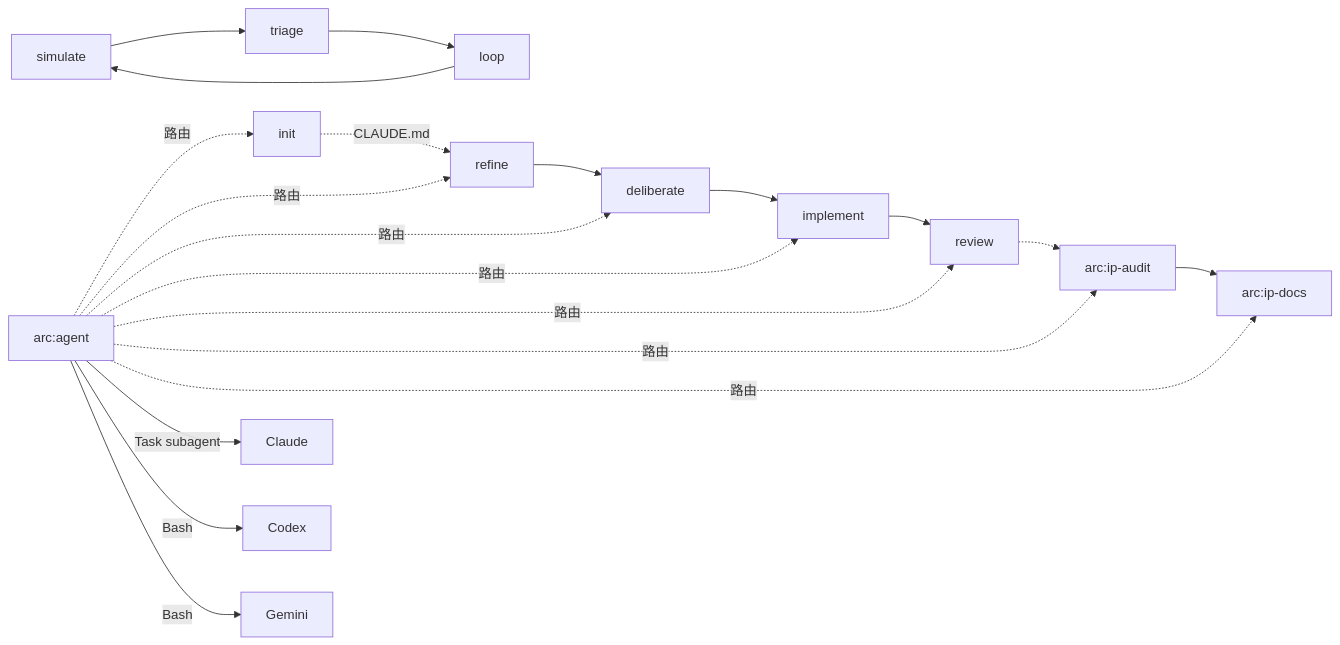
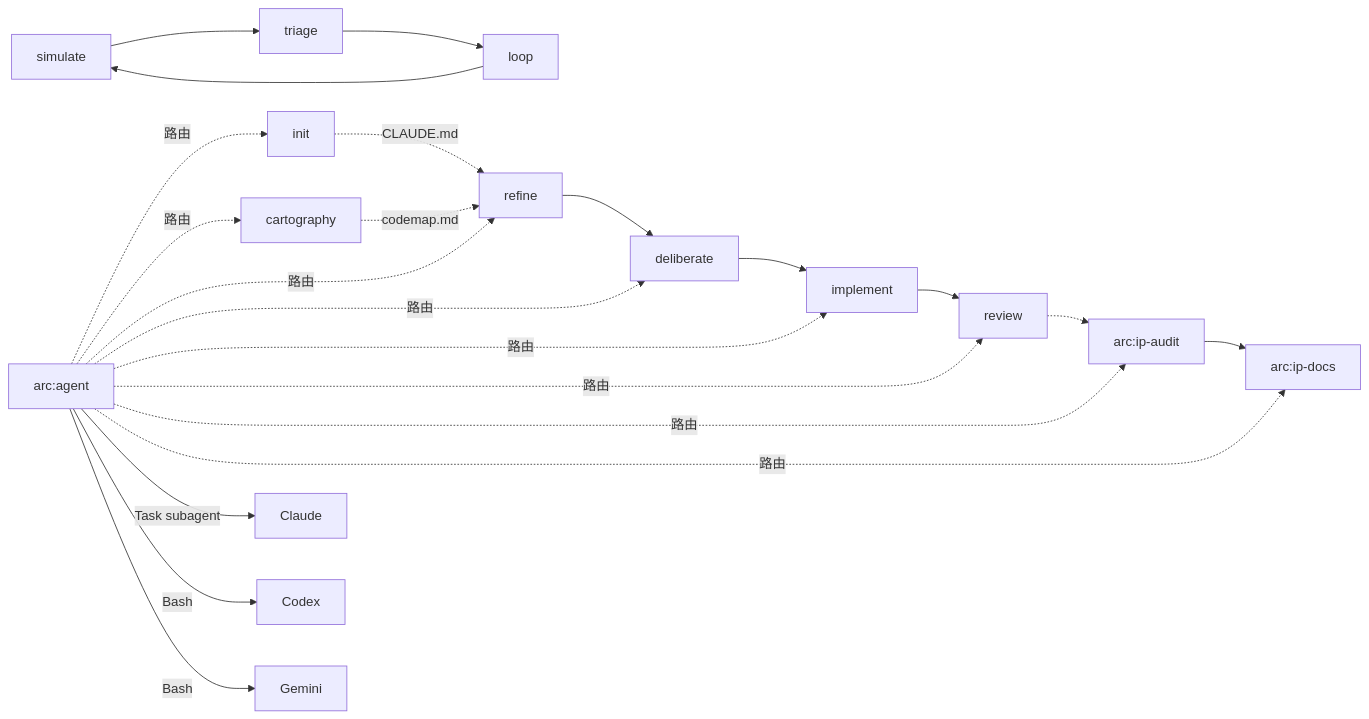
The second of 2 diagrams in README.md (iwen-conf/Skills), drawn with Mermaid before and after one commit. The commit also changed other lines of this file and 8 other files, not shown here.

````diff
--- a/README.md
+++ b/README.md
@@ -83,21 +89,24 @@
 ```mermaid
 graph LR
     agent["arc:agent"] -.->|"路由"| init
+    cartography["cartography"]
+    agent -.->|"路由"| cartography
     agent -.->|"路由"| refine
     agent -.->|"路由"| deliberate
     agent -.->|"路由"| implement
     agent -.->|"路由"| review
     ip_audit["arc:ip-audit"]
     ip_docs["arc:ip-docs"]
     agent -.->|"路由"| ip_audit
     agent -.->|"路由"| ip_docs
     agent -->|"Task subagent"| claude["Claude"]
     agent -->|"Bash"| codex["Codex"]
     agent -->|"Bash"| gemini["Gemini"]
 
     init -.->|"CLAUDE.md"| refine
+    cartography -.->|"codemap.md"| refine
     refine --> deliberate
     deliberate --> implement --> review
     review -.-> ip_audit --> ip_docs
     simulate --> triage --> loop --> simulate
 ```
````
